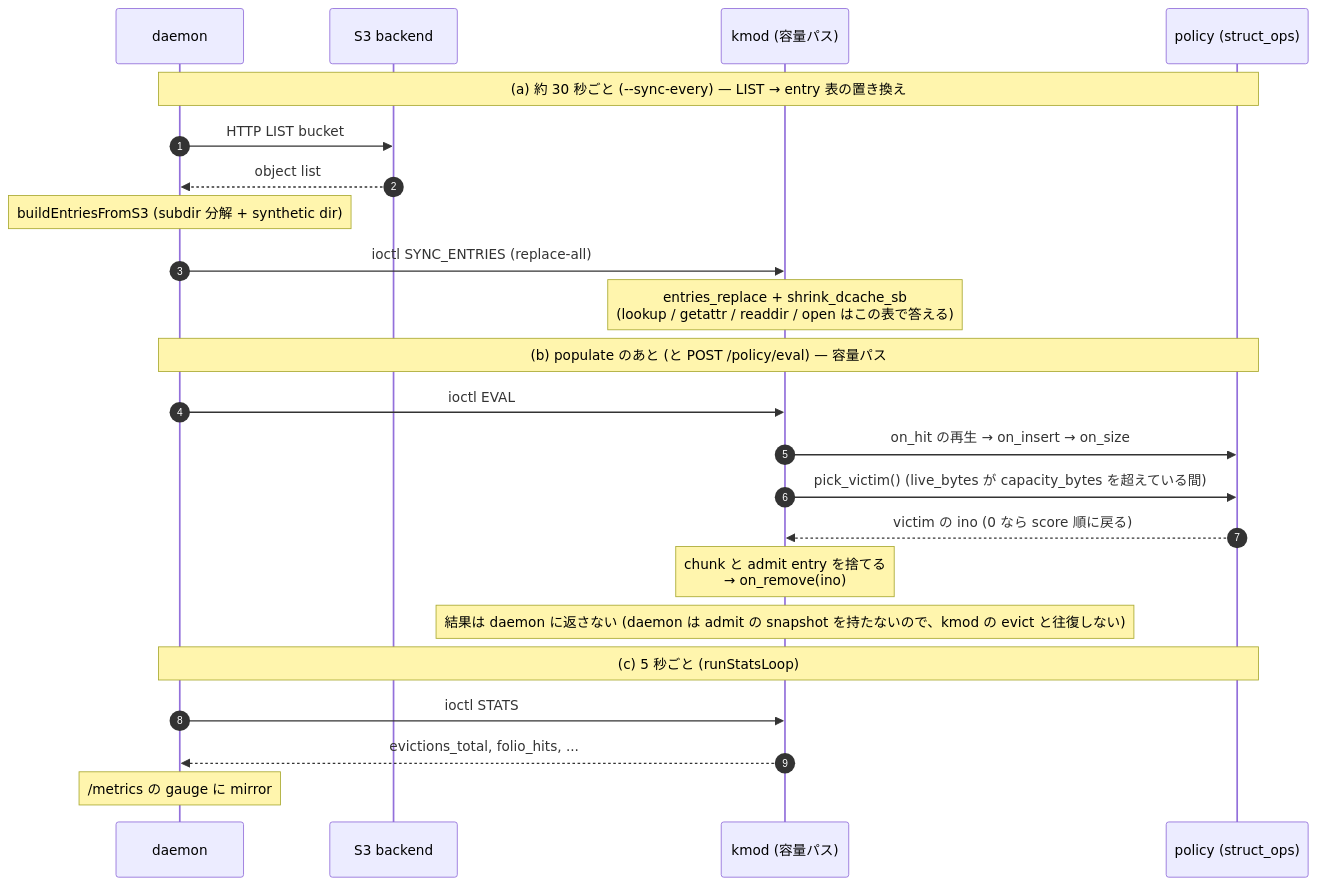
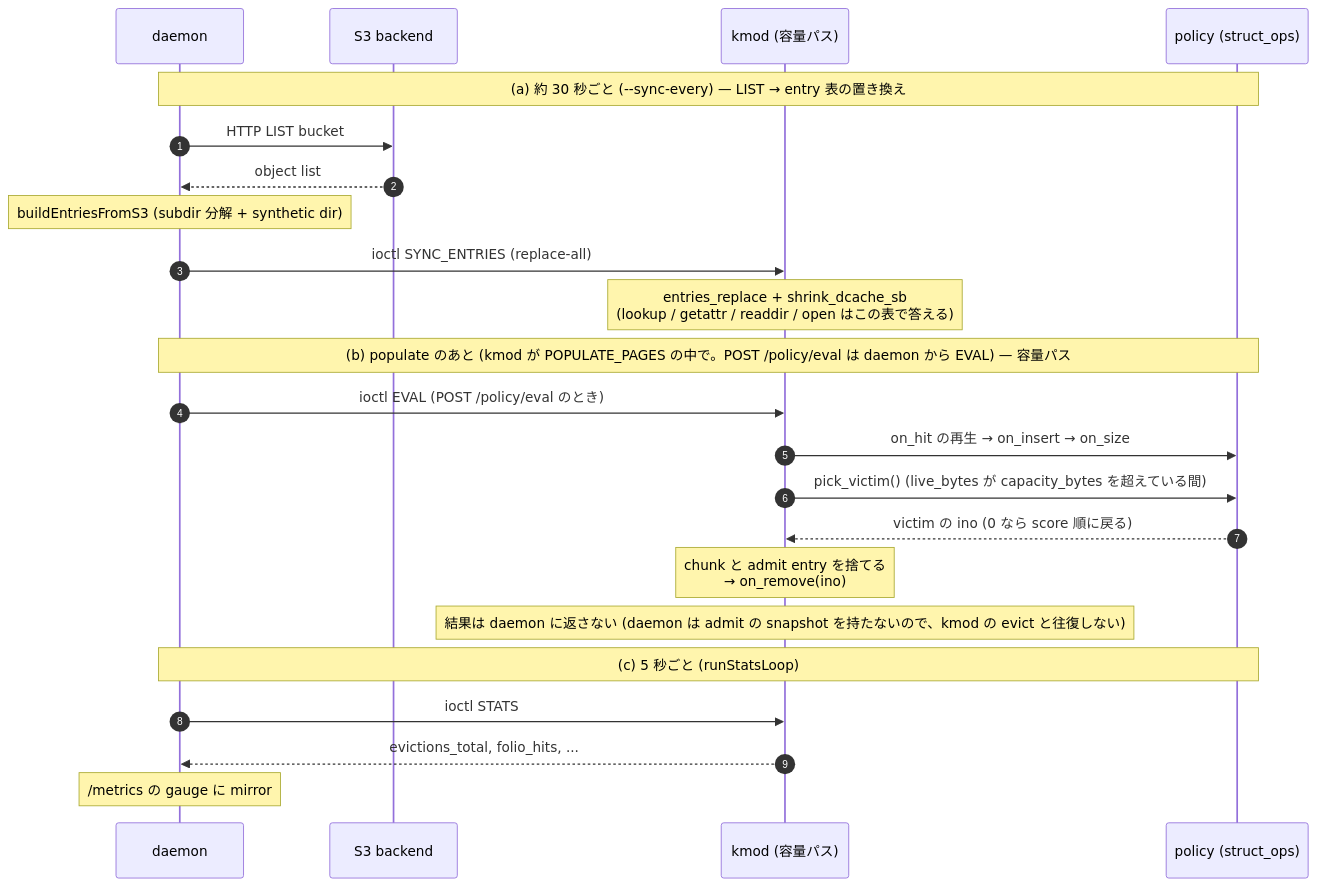
The fifth of 5 diagrams in docs/design/component-communication.md (masu-mi/s3fs-ebpf), drawn with Mermaid before and after one commit. The commit also changed other lines of this file and 2 other files, not shown here.

````diff
--- a/docs/design/component-communication.md
+++ b/docs/design/component-communication.md
@@ -325,28 +323,28 @@
 ```mermaid
 sequenceDiagram
     autonumber
     participant Daemon as daemon
     participant S3 as S3 backend
     participant Kmod as kmod (容量パス)
     participant Pol as policy (struct_ops)
 
     Note over Daemon,Pol: (a) 約 30 秒ごと (--sync-every) — LIST → entry 表の置き換え
     Daemon->>S3: HTTP LIST bucket
     S3-->>Daemon: object list
     Note over Daemon: buildEntriesFromS3 (subdir 分解 + synthetic dir)
     Daemon->>Kmod: ioctl SYNC_ENTRIES (replace-all)
     Note over Kmod: entries_replace + shrink_dcache_sb<br/>(lookup / getattr / readdir / open はこの表で答える)
 
-    Note over Daemon,Pol: (b) populate のあと (と POST /policy/eval) — 容量パス
-    Daemon->>Kmod: ioctl EVAL
+    Note over Daemon,Pol: (b) populate のあと (kmod が POPULATE_PAGES の中で。POST /policy/eval は daemon から EVAL) — 容量パス
+    Daemon->>Kmod: ioctl EVAL (POST /policy/eval のとき)
     Kmod->>Pol: on_hit の再生 → on_insert → on_size
     Kmod->>Pol: pick_victim() (live_bytes が capacity_bytes を超えている間)
     Pol-->>Kmod: victim の ino (0 なら score 順に戻る)
     Note over Kmod: chunk と admit entry を捨てる<br/>→ on_remove(ino)
     Note over Kmod: 結果は daemon に返さない (daemon は admit の snapshot を持たないので、kmod の evict と往復しない)
 
     Note over Daemon,Pol: (c) 5 秒ごと (runStatsLoop)
     Daemon->>Kmod: ioctl STATS
     Kmod-->>Daemon: evictions_total, folio_hits, ...
     Note over Daemon: /metrics の gauge に mirror
 ```
````
